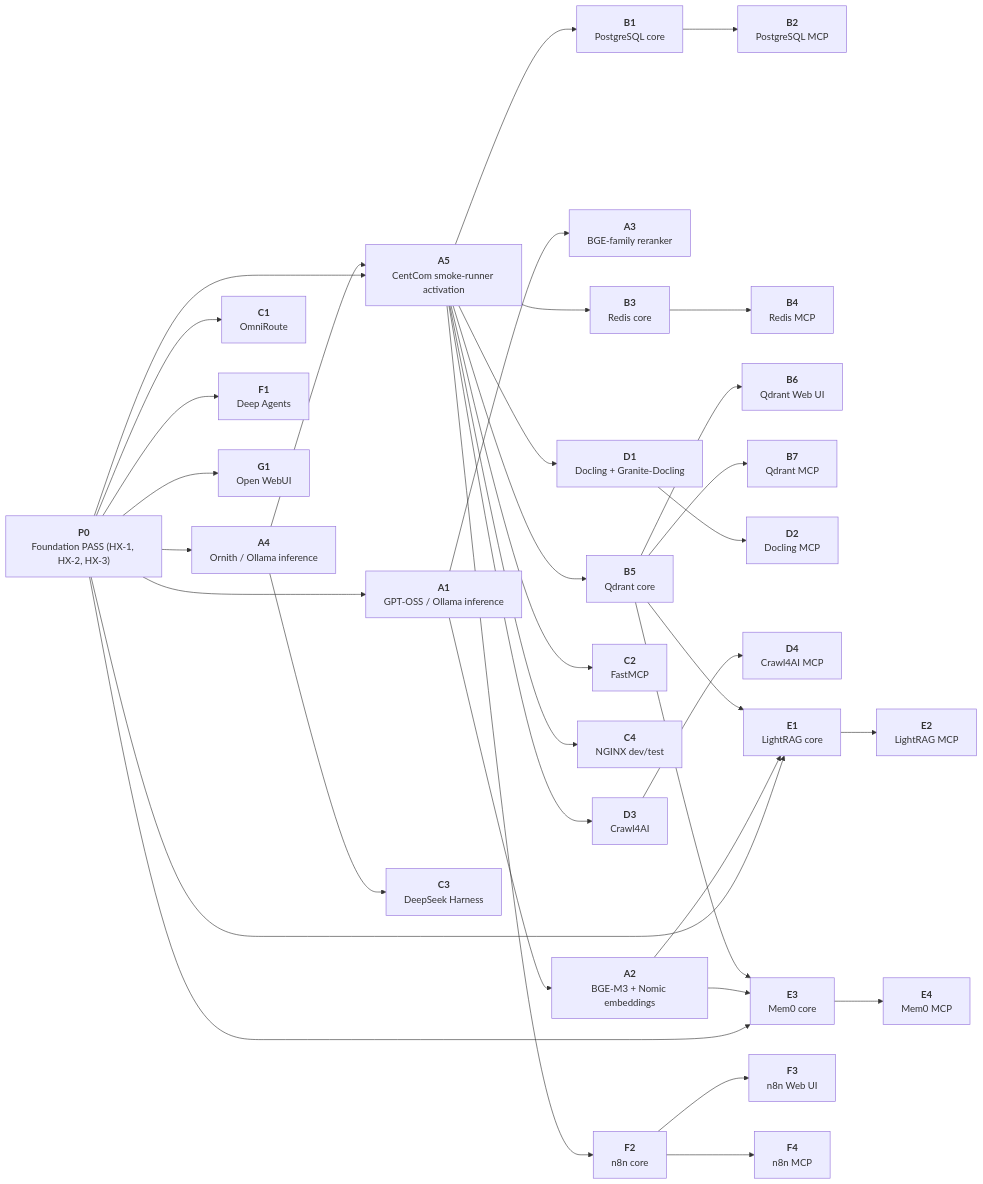
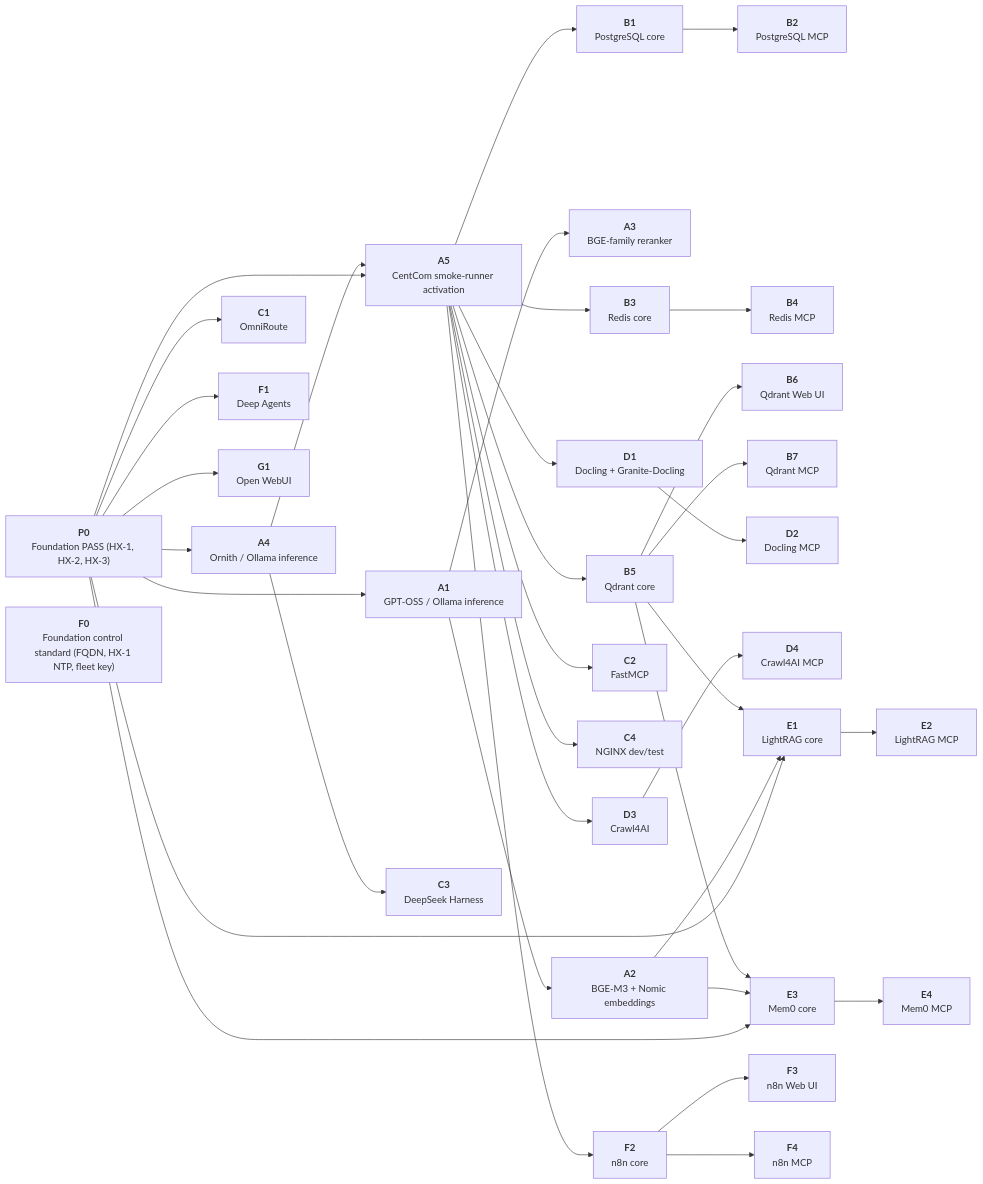
The diagram in docs/00-control/HX-ECO-SYSTEM-SMOKE-TEST-ROADMAP.md (HX-Infratstructure/HX-Eco-System), drawn with Mermaid before and after one commit. The commit also changed other lines of this file and 8 other files, not shown here.

````diff
--- a/docs/00-control/HX-ECO-SYSTEM-SMOKE-TEST-ROADMAP.md
+++ b/docs/00-control/HX-ECO-SYSTEM-SMOKE-TEST-ROADMAP.md
@@ -230,68 +231,69 @@
 ```mermaid
 flowchart LR
     P0["<b>P0</b><br/>Foundation PASS (HX-1, HX-2, HX-3)"]
     A1["<b>A1</b><br/>GPT-OSS / Ollama inference"]
     A2["<b>A2</b><br/>BGE-M3 + Nomic embeddings"]
     A3["<b>A3</b><br/>BGE-family reranker"]
     A4["<b>A4</b><br/>Ornith / Ollama inference"]
     A5["<b>A5</b><br/>CentCom smoke-runner activation"]
     B1["<b>B1</b><br/>PostgreSQL core"]
     B2["<b>B2</b><br/>PostgreSQL MCP"]
     B3["<b>B3</b><br/>Redis core"]
     B4["<b>B4</b><br/>Redis MCP"]
     B5["<b>B5</b><br/>Qdrant core"]
     B6["<b>B6</b><br/>Qdrant Web UI"]
     B7["<b>B7</b><br/>Qdrant MCP"]
     C1["<b>C1</b><br/>OmniRoute"]
     C2["<b>C2</b><br/>FastMCP"]
     C3["<b>C3</b><br/>DeepSeek Harness"]
     C4["<b>C4</b><br/>NGINX dev/test"]
     D1["<b>D1</b><br/>Docling + Granite-Docling"]
     D2["<b>D2</b><br/>Docling MCP"]
     D3["<b>D3</b><br/>Crawl4AI"]
     D4["<b>D4</b><br/>Crawl4AI MCP"]
     E1["<b>E1</b><br/>LightRAG core"]
     E2["<b>E2</b><br/>LightRAG MCP"]
     E3["<b>E3</b><br/>Mem0 core"]
     E4["<b>E4</b><br/>Mem0 MCP"]
     F1["<b>F1</b><br/>Deep Agents"]
     F2["<b>F2</b><br/>n8n core"]
     F3["<b>F3</b><br/>n8n Web UI"]
     F4["<b>F4</b><br/>n8n MCP"]
     G1["<b>G1</b><br/>Open WebUI"]
+    F0["<b>F0</b><br/>Foundation control standard (FQDN, HX-1 NTP, fleet key)"]
 
     P0 --> A1
     A1 --> A2
     A1 --> A3
     P0 --> A4
     A4 --> A5
     P0 --> A5
     A5 --> B1
     B1 --> B2
     A5 --> B3
     B3 --> B4
     A5 --> B5
     B5 --> B6
     B5 --> B7
     P0 --> C1
     A5 --> C2
     A4 --> C3
     A5 --> C4
     A5 --> D1
     D1 --> D2
     A5 --> D3
     D3 --> D4
     B5 --> E1
     A2 --> E1
     P0 --> E1
     E1 --> E2
     B5 --> E3
     A2 --> E3
     P0 --> E3
     E3 --> E4
     P0 --> F1
     A5 --> F2
     F2 --> F3
     F2 --> F4
     P0 --> G1
 ```
````
